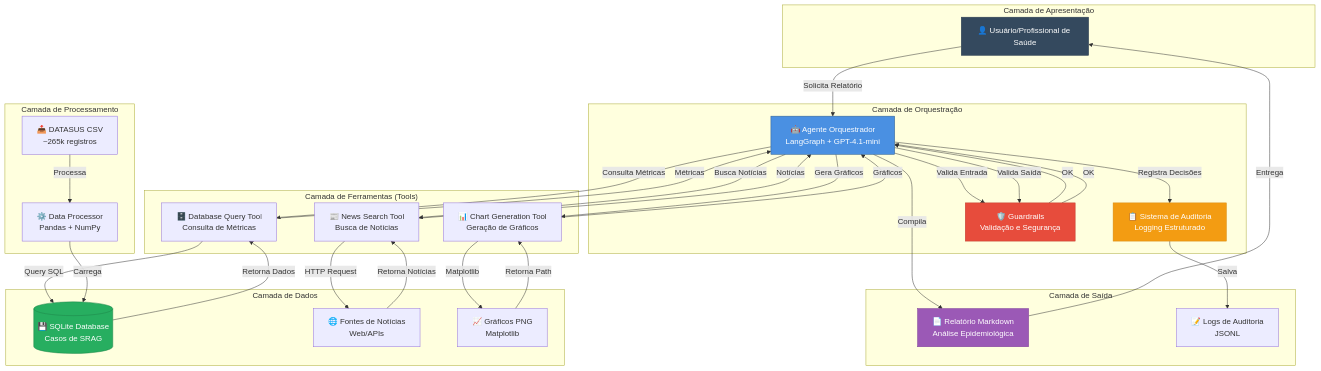
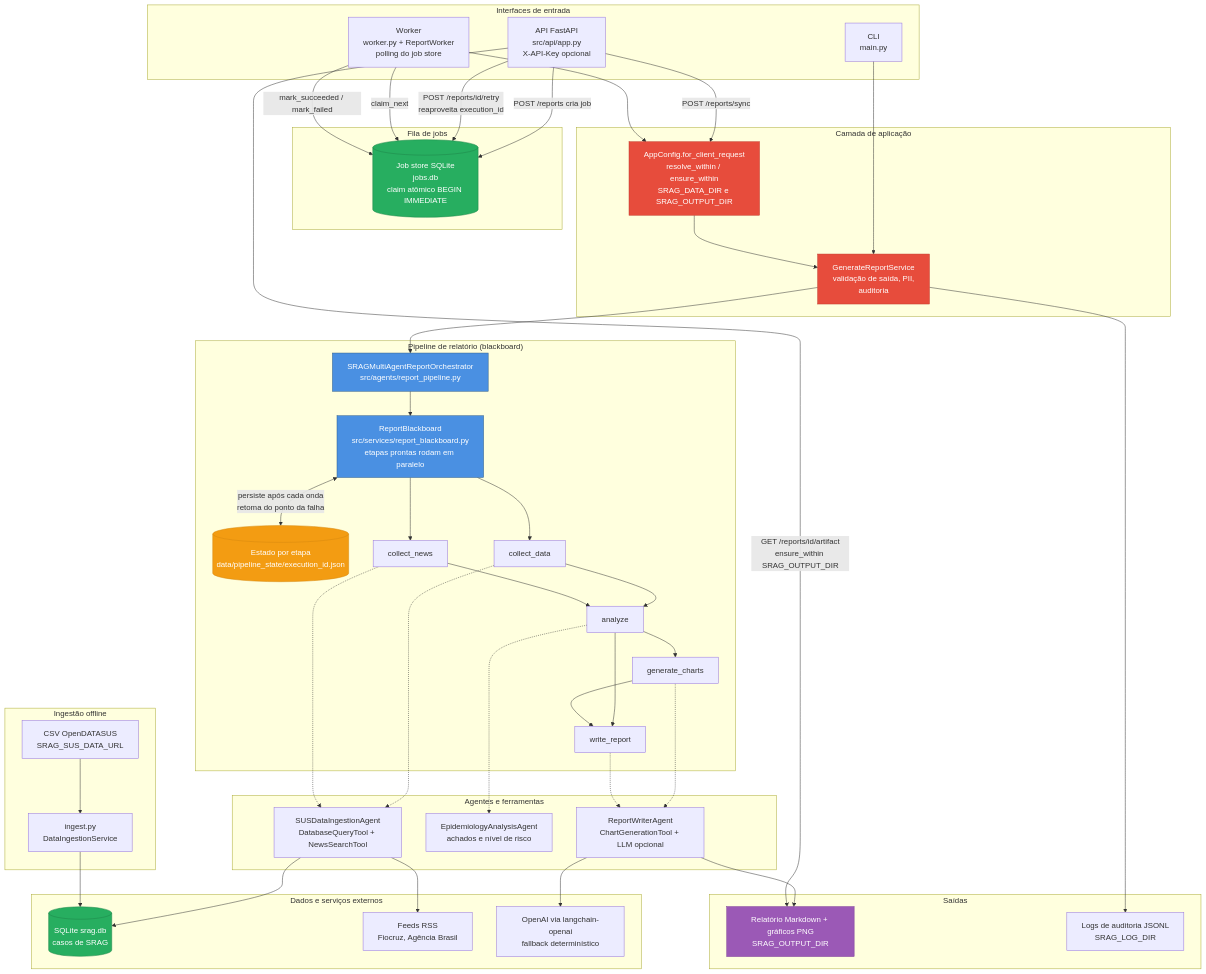
Before and after one commit to lucianoon/srag-health-monitor: the diagram in docs/architecture_diagram.mmd, drawn with Mermaid. The commit also changed 3 other files, not shown here.

First line of the commit message:
docs(arquitetura): descreve o pipeline blackboard, API, job store e worker

```diff
--- a/docs/architecture_diagram.mmd
+++ b/docs/architecture_diagram.mmd
@@ -1,72 +1,93 @@
-graph TB
-    subgraph "Camada de Apresentação"
-        USER[👤 Usuário/Profissional de Saúde]
+flowchart TB
+    subgraph ENTRADA["Interfaces de entrada"]
+        CLI["CLI<br/>main.py"]
+        API["API FastAPI<br/>src/api/app.py<br/>X-API-Key opcional"]
+        WORKER["Worker<br/>worker.py + ReportWorker<br/>polling do job store"]
     end
-    
-    subgraph "Camada de Orquestração"
-        AGENT[🤖 Agente Orquestrador<br/>LangGraph + GPT-4.1-mini]
-        AUDIT[📋 Sistema de Auditoria<br/>Logging Estruturado]
-        GUARD[🛡️ Guardrails<br/>Validação e Segurança]
+
+    subgraph JOBS["Fila de jobs"]
+        JOBDB[("Job store SQLite<br/>jobs.db<br/>claim atômico BEGIN IMMEDIATE")]
     end
-    
-    subgraph "Camada de Ferramentas (Tools)"
-        DB_TOOL[🗄️ Database Query Tool<br/>Consulta de Métricas]
-        NEWS_TOOL[📰 News Search Tool<br/>Busca de Notícias]
-        CHART_TOOL[📊 Chart Generation Tool<br/>Geração de Gráficos]
+
+    subgraph APP["Camada de aplicação"]
+        PATHS["AppConfig.for_client_request<br/>resolve_within / ensure_within<br/>SRAG_DATA_DIR e SRAG_OUTPUT_DIR"]
+        SERVICE["GenerateReportService<br/>validação de saída, PII,<br/>auditoria"]
     end
-    
-    subgraph "Camada de Dados"
-        SQLITE[(💾 SQLite Database<br/>Casos de SRAG)]
-        NEWS_API[🌐 Fontes de Notícias<br/>Web/APIs]
-        CHARTS[📈 Gráficos PNG<br/>Matplotlib]
+
+    subgraph PIPE["Pipeline de relatório (blackboard)"]
+        ORCH["SRAGMultiAgentReportOrchestrator<br/>src/agents/report_pipeline.py"]
+        BB["ReportBlackboard<br/>src/services/report_blackboard.py<br/>etapas prontas rodam em paralelo"]
+        STATE[("Estado por etapa<br/>data/pipeline_state/execution_id.json")]
+        S1["collect_data"]
+        S2["collect_news"]
+        S3["analyze"]
+        S4["generate_charts"]
+        S5["write_report"]
     end
-    
-    subgraph "Camada de Processamento"
-        PROCESSOR[⚙️ Data Processor<br/>Pandas + NumPy]
-        DATASUS[📥 DATASUS CSV<br/>~265k registros]
+
+    subgraph AGENTES["Agentes e ferramentas"]
+        ING["SUSDataIngestionAgent<br/>DatabaseQueryTool + NewsSearchTool"]
+        EPI["EpidemiologyAnalysisAgent<br/>achados e nível de risco"]
+        WRITER["ReportWriterAgent<br/>ChartGenerationTool + LLM opcional"]
     end
-    
-    subgraph "Camada de Saída"
-        REPORT[📄 Relatório Markdown<br/>Análise Epidemiológica]
-        LOGS[📝 Logs de Auditoria<br/>JSONL]
+
+    subgraph DADOS["Dados e serviços externos"]
+        SRAGDB[("SQLite srag.db<br/>casos de SRAG")]
+        FEEDS["Feeds RSS<br/>Fiocruz, Agência Brasil"]
+        LLM["OpenAI via langchain-openai<br/>fallback determinístico"]
     end
-    
-    USER -->|Solicita Relatório| AGENT
-    
-    AGENT -->|Valida Entrada| GUARD
-    GUARD -->|OK| AGENT
-    
-    AGENT -->|Consulta Métricas| DB_TOOL
-    AGENT -->|Busca Notícias| NEWS_TOOL
-    AGENT -->|Gera Gráficos| CHART_TOOL
-    
-    DB_TOOL -->|Query SQL| SQLITE
-    NEWS_TOOL -->|HTTP Request| NEWS_API
-    CHART_TOOL -->|Matplotlib| CHARTS
-    
-    SQLITE -->|Retorna Dados| DB_TOOL
-    NEWS_API -->|Retorna Notícias| NEWS_TOOL
-    CHARTS -->|Retorna Path| CHART_TOOL
-    
-    DB_TOOL -->|Métricas| AGENT
-    NEWS_TOOL -->|Notícias| AGENT
-    CHART_TOOL -->|Gráficos| AGENT
-    
-    AGENT -->|Valida Saída| GUARD
-    GUARD -->|OK| AGENT
-    
-    AGENT -->|Compila| REPORT
-    AGENT -->|Registra Decisões| AUDIT
-    
-    AUDIT -->|Salva| LOGS
-    REPORT -->|Entrega| USER
-    
-    DATASUS -->|Processa| PROCESSOR
-    PROCESSOR -->|Carrega| SQLITE
-    
-    style AGENT fill:#4A90E2,stroke:#2E5C8A,color:#fff
-    style GUARD fill:#E74C3C,stroke:#C0392B,color:#fff
-    style AUDIT fill:#F39C12,stroke:#D68910,color:#fff
-    style SQLITE fill:#27AE60,stroke:#1E8449,color:#fff
+
+    subgraph INGESTAO["Ingestão offline"]
+        INGEST["ingest.py<br/>DataIngestionService"]
+        DATASUS["CSV OpenDATASUS<br/>SRAG_SUS_DATA_URL"]
+    end
+
+    subgraph SAIDA["Saídas"]
+        REPORT["Relatório Markdown + gráficos PNG<br/>SRAG_OUTPUT_DIR"]
+        LOGS["Logs de auditoria JSONL<br/>SRAG_LOG_DIR"]
+    end
+
+    API -->|"POST /reports cria job"| JOBDB
+    API -->|"POST /reports/id/retry<br/>reaproveita execution_id"| JOBDB
+    WORKER -->|"claim_next"| JOBDB
+    WORKER -->|"mark_succeeded / mark_failed"| JOBDB
+    API -->|"POST /reports/sync"| PATHS
+    WORKER --> PATHS
+    CLI --> SERVICE
+    PATHS --> SERVICE
+    SERVICE --> ORCH
+    ORCH --> BB
+    BB <-->|"persiste após cada onda<br/>retoma do ponto da falha"| STATE
+
+    BB --> S1
+    BB --> S2
+    S1 --> S3
+    S2 --> S3
+    S3 --> S4
+    S3 --> S5
+    S4 --> S5
+
+    S1 -.-> ING
+    S2 -.-> ING
+    S3 -.-> EPI
+    S4 -.-> WRITER
+    S5 -.-> WRITER
+
+    ING --> SRAGDB
+    ING --> FEEDS
+    WRITER --> LLM
+    WRITER --> REPORT
+    SERVICE --> LOGS
+    API -->|"GET /reports/id/artifact<br/>ensure_within SRAG_OUTPUT_DIR"| REPORT
+
+    DATASUS --> INGEST
+    INGEST --> SRAGDB
+
+    style BB fill:#4A90E2,stroke:#2E5C8A,color:#fff
+    style ORCH fill:#4A90E2,stroke:#2E5C8A,color:#fff
+    style STATE fill:#F39C12,stroke:#D68910,color:#fff
+    style JOBDB fill:#27AE60,stroke:#1E8449,color:#fff
+    style SRAGDB fill:#27AE60,stroke:#1E8449,color:#fff
+    style PATHS fill:#E74C3C,stroke:#C0392B,color:#fff
+    style SERVICE fill:#E74C3C,stroke:#C0392B,color:#fff
     style REPORT fill:#9B59B6,stroke:#7D3C98,color:#fff
-    style USER fill:#34495E,stroke:#2C3E50,color:#fff
```
